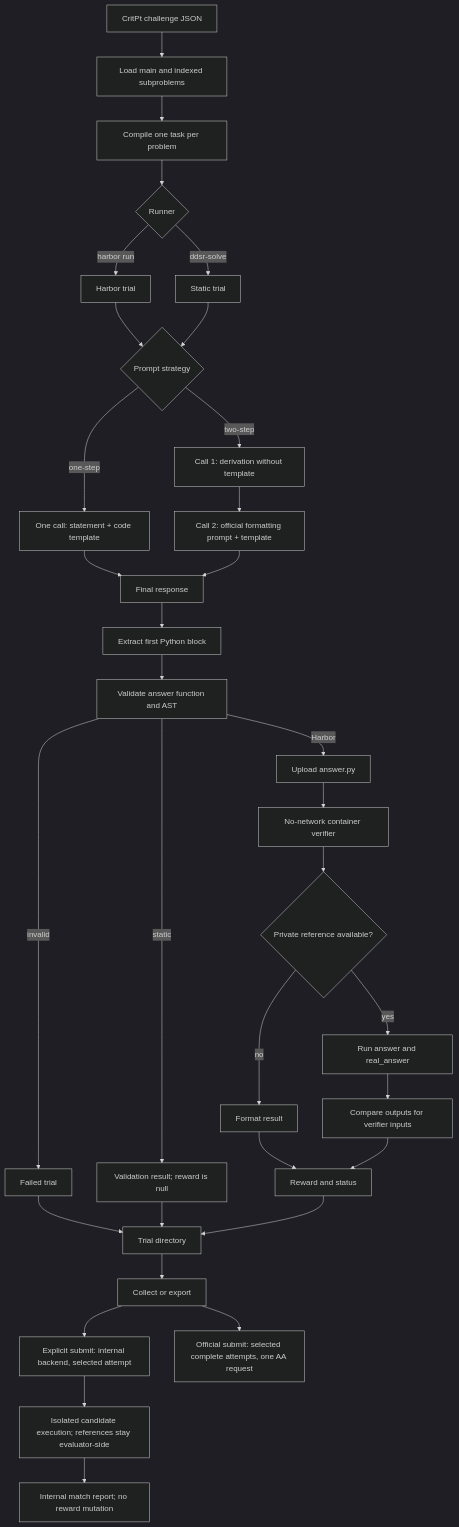
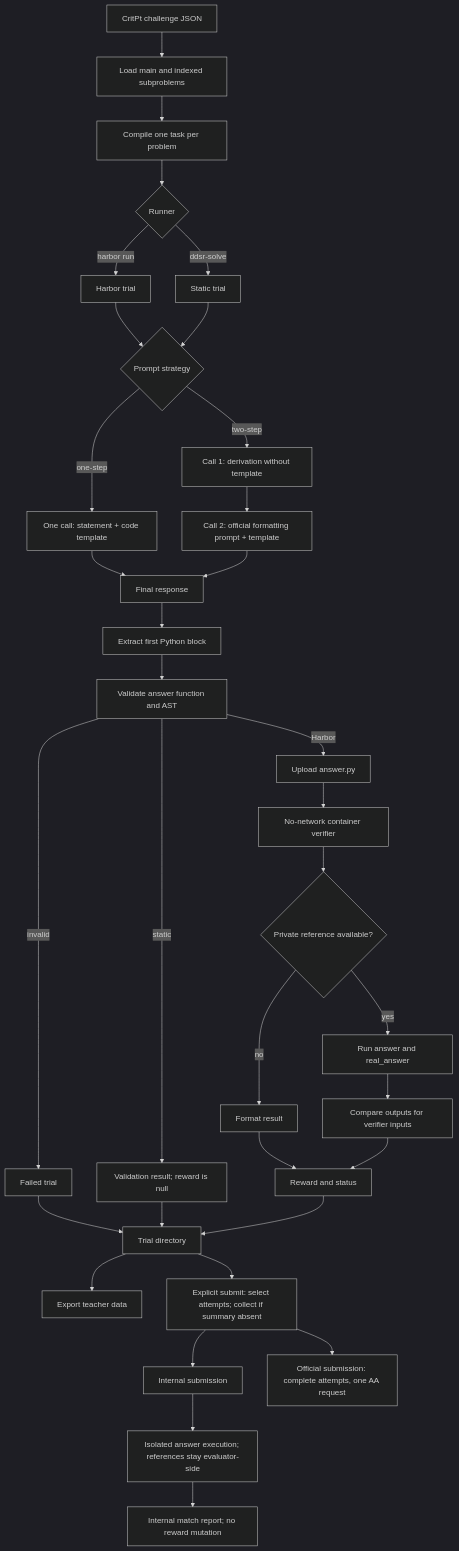
The diagram in ddsr_bench/benchmarks/critpt/PIPELINE.md (CATL-21CLab-SCIAGI/ddsr-bench), drawn with Mermaid (dark theme) before and after one commit. The commit also changed other lines of this file and 63 other files, not shown here.

First line of the commit message:
Refactor CritPt consensus submission and isolated grading

````diff
--- a/ddsr_bench/benchmarks/critpt/PIPELINE.md
+++ b/ddsr_bench/benchmarks/critpt/PIPELINE.md
@@ -7,35 +7,36 @@
 ```mermaid
 flowchart TD
     A["CritPt challenge JSON"] --> B["Load main and indexed subproblems"]
     B --> C["Compile one task per problem"]
     C --> D{"Runner"}
     D -->|"harbor run"| E["Harbor trial"]
     D -->|"ddsr-solve"| F["Static trial"]
     E --> G{"Prompt strategy"}
     F --> G
     G -->|"one-step"| H["One call: statement + code template"]
     G -->|"two-step"| I["Call 1: derivation without template"]
     I --> J["Call 2: official formatting prompt + template"]
     H --> K["Final response"]
     J --> K
     K --> L["Extract first Python block"]
     L --> M["Validate answer function and AST"]
     M -->|"invalid"| N["Failed trial"]
     M -->|"static"| O["Validation result; reward is null"]
     M -->|"Harbor"| P["Upload answer.py"]
     P --> Q["No-network container verifier"]
     Q --> R{"Private reference available?"}
     R -->|"no"| S["Format result"]
     R -->|"yes"| T["Run answer and real_answer"]
     T --> U["Compare outputs for verifier inputs"]
     S --> V["Reward and status"]
     U --> V
     N --> W["Trial directory"]
     O --> W
     V --> W
-    W --> X["Collect or export"]
-    X --> Z["Explicit submit: internal backend, selected attempt"]
-    Z --> AA["Isolated candidate execution; references stay evaluator-side"]
+    W --> EX["Export teacher data"]
+    W --> X["Explicit submit: select attempts; collect if summary absent"]
+    X --> Z["Internal submission"]
+    Z --> AA["Isolated answer execution; references stay evaluator-side"]
     AA --> AB["Internal match report; no reward mutation"]
-    X --> Y["Official submit: selected complete attempts, one AA request"]
+    X --> Y["Official submission: complete attempts, one AA request"]
 ```
````
